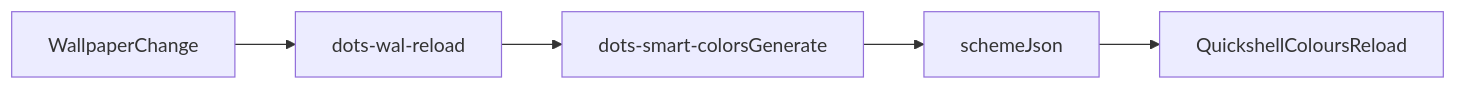
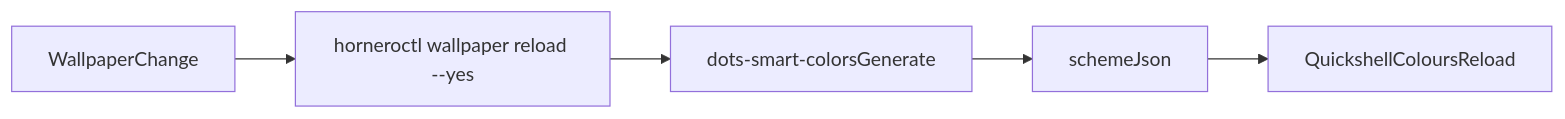
One commit to ulises-jeremias/dotfiles changed the diagram in docs/Hyprland-Setup.md. Above: the diagram before and after it, drawn with Mermaid. The commit also changed 20 other files, not shown here.

First line of the commit message:
chore(dots): remove dots-wallpaper-* wrappers, remap 11 callers to horneroctl wallpaper (#296)

````diff
--- a/docs/Hyprland-Setup.md
+++ b/docs/Hyprland-Setup.md
@@ -63,7 +63,7 @@
 ```mermaid
 flowchart LR
-  wallpaper[WallpaperChange] --> reload[dots-wal-reload]
+  wallpaper[WallpaperChange] --> reload[horneroctl wallpaper reload --yes]
   reload --> smart[dots-smart-colorsGenerate]
   smart --> scheme[schemeJson]
   scheme --> quickshell[QuickshellColoursReload]
 ```
````
